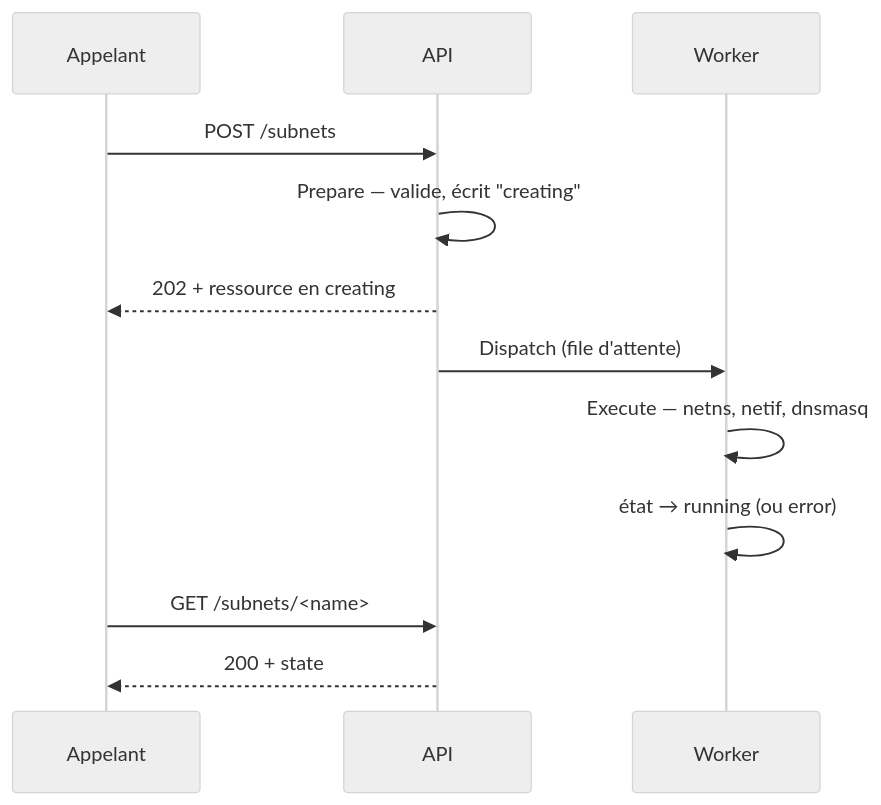
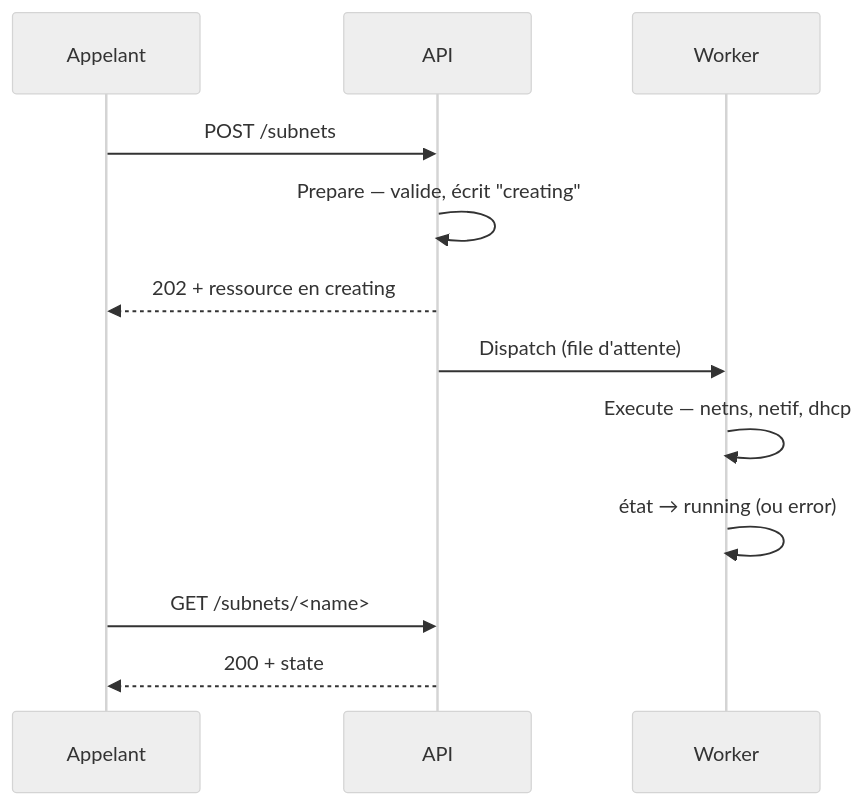
Before and after one commit to GnomeZworc/two-mirror: the diagram in docs/exploitation/api-agent/asynchronisme.rst, drawn with Mermaid (neutral theme). The commit also changed 12 other files, not shown here.

```diff
--- a/docs/exploitation/api-agent/asynchronisme.rst
+++ b/docs/exploitation/api-agent/asynchronisme.rst
@@ -11,14 +11,14 @@
 .. mermaid::
 
    sequenceDiagram
      participant C as Appelant
      participant A as API
      participant W as Worker
      C->>A: POST /subnets
      A->>A: Prepare — valide, écrit "creating"
      A-->>C: 202 + ressource en creating
      A->>W: Dispatch (file d'attente)
-     W->>W: Execute — netns, netif, dnsmasq
+     W->>W: Execute — netns, netif, dhcp
      W->>W: état → running (ou error)
      C->>A: GET /subnets/<name>
      A-->>C: 200 + state
```
